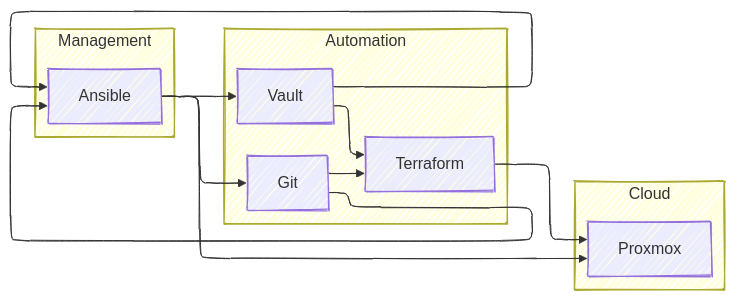
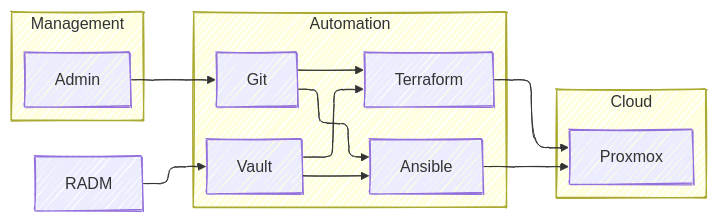
One commit to gitrsi/cyberops.zone changed the diagram in doing/Private Cloud/README.md. Above: the diagram before and after it, drawn with Mermaid.

````diff
--- a/doing/Private Cloud/README.md
+++ b/doing/Private Cloud/README.md
@@ -8,34 +8,33 @@
 ```mermaid
 ---
 config:
   layout: elk
   look: handDrawn
   elk:
     mergeEdges: true
     nodePlacementStrategy: LINEAR_SEGMENTS
 ---
 graph LR
 
   subgraph MGMNT["Management"]
-        A["Admin"]
+        ADM["Admin"]
   end
 
   subgraph AUT["Automation"]
-        G["Git"]
-        V["Vault"]
-        A["Ansible"]
-        T["Terraform"]
+        GIT["Git"]
+        VAULT["Vault"]
+        ANS["Ansible"]
+        TER["Terraform"]
   end
 
   subgraph CLOUD["Cloud"]
-        P["Proxmox"]
+        PROX["Proxmox"]
   end  
 
-  A --> G
-  A --> V
-  G --> A & T
-  V --> A & T
-  A --> P
-  T --> P
-
+  ADM --> GIT
+  RADM --> VAULT
+  GIT --> ANS & TER
+  VAULT --> ANS & TER
+  ANS --> PROX
+  TER --> PROX
 ```
````
